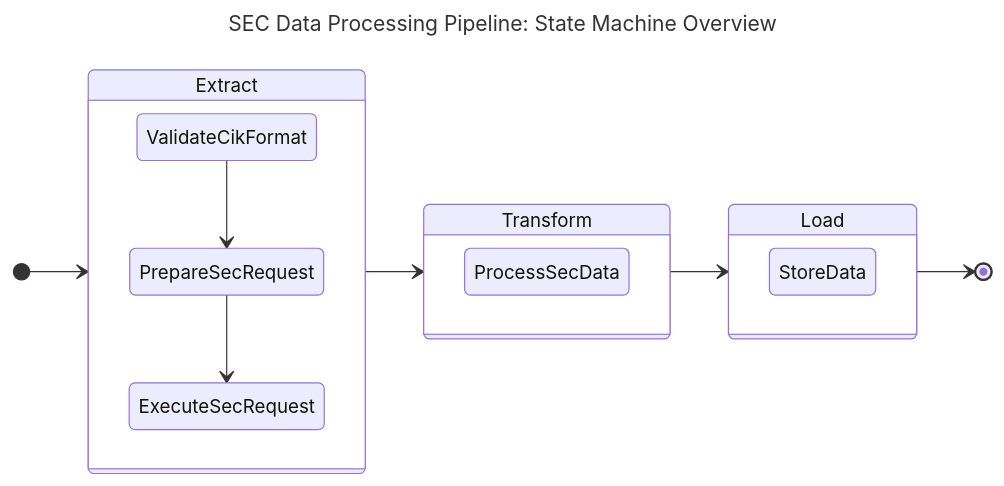
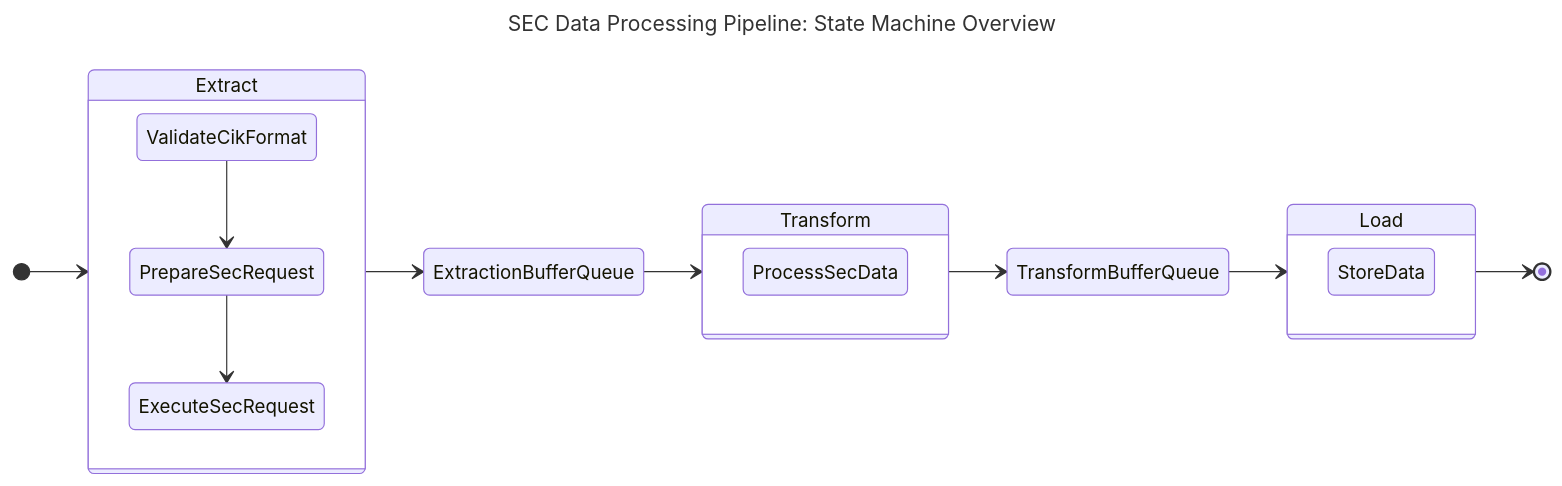
Before and after one commit to ironcapitaleu/arkad: the diagram in sec/design/state_diagram/sec_state_machine.md, drawn with Mermaid.

Commit message:
design: add buffer queue to state diagram

````diff
--- a/sec/design/state_diagram/sec_state_machine.md
+++ b/sec/design/state_diagram/sec_state_machine.md
@@ -1,31 +1,29 @@
 ```mermaid
 ---
 title: "SEC Data Processing Pipeline: State Machine Overview"
 ---
 stateDiagram-v2
-    %% Align all the SuperStates from left-to-right
     direction LR
 
-    %% `Extract` SuperState
     [*] --> Extract
     state Extract {
         ValidateCikFormat --> PrepareSecRequest
         PrepareSecRequest --> ExecuteSecRequest
     }
 
-    Extract --> Transform
+    Extract --> ExtractionBufferQueue
+    ExtractionBufferQueue --> Transform
 
-    %% `Transform` SuperState
     state Transform {
         ProcessSecData
     }
-    
-    Transform --> Load
 
-    %% `Load` SuperState
+    Transform --> TransformBufferQueue
+    TransformBufferQueue --> Load
+
     state Load {
         StoreData
     }
 
     Load --> [*]
 ```
````
